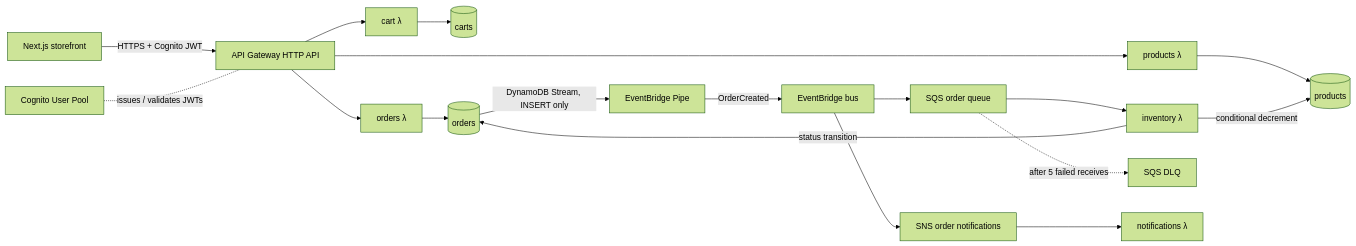
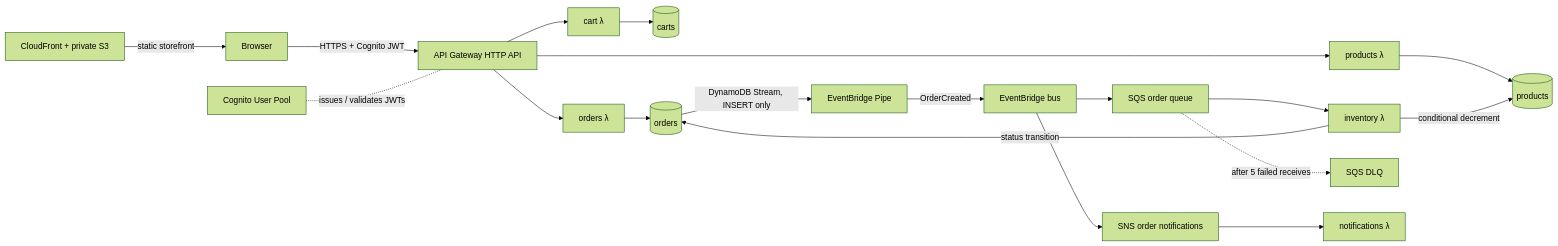
Before and after one commit to chateauJ/cloudcart: the first of 3 diagrams in README.md, drawn with Mermaid (forest theme). The commit also changed other lines of this file and 32 other files, not shown here.

First line of the commit message:
Host the storefront on S3 + CloudFront as a static export (Step 8.1)

````diff
--- a/README.md
+++ b/README.md
@@ -27,15 +27,16 @@
 ```mermaid
 flowchart LR
-    client[Next.js storefront] -->|HTTPS + Cognito JWT| api[API Gateway HTTP API]
+    cdn[CloudFront + private S3] -->|static storefront| client[Browser]
+    client -->|HTTPS + Cognito JWT| api[API Gateway HTTP API]
     cognito[Cognito User Pool] -. issues / validates JWTs .- api
     api --> products[products λ] --> pt[(products)]
     api --> cart[cart λ] --> ct[(carts)]
     api --> orders[orders λ] --> ot[(orders)]
     ot -->|DynamoDB Stream, INSERT only| pipe[EventBridge Pipe]
     pipe -->|OrderCreated| bus[EventBridge bus]
     bus --> sqs[SQS order queue] --> inventory[inventory λ]
     sqs -. after 5 failed receives .-> dlq[SQS DLQ]
     inventory -->|conditional decrement| pt
     inventory -->|status transition| ot
     bus --> sns[SNS order notifications] --> notifications[notifications λ]
 ```
````
